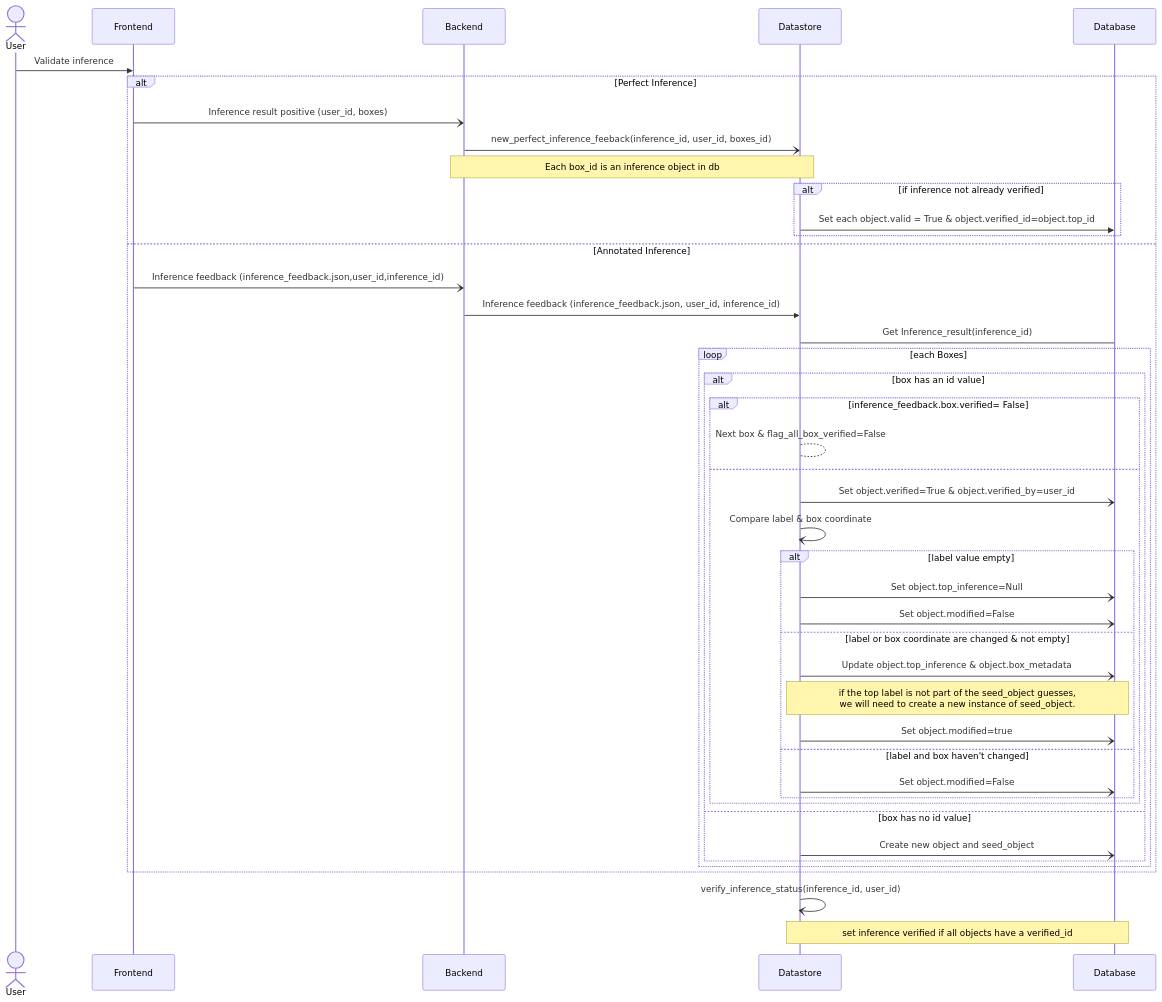
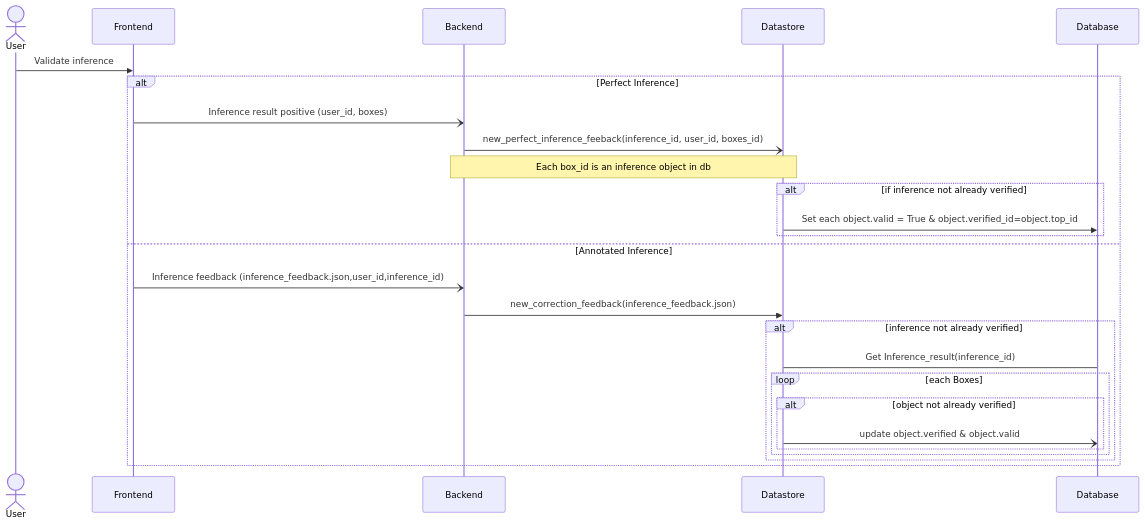
The second of 3 diagrams in doc/inference-feedback.md (ai-cfia/ailab-datastore), drawn with Mermaid before and after one commit. The commit also changed other lines of this file and 3 other files, not shown here.

````diff
--- a/doc/inference-feedback.md
+++ b/doc/inference-feedback.md
@@ -63,52 +63,32 @@
 ``` mermaid
 
 sequenceDiagram;
   actor User
   participant Frontend
   participant Backend
   participant Datastore
   participant Database
   
 
     User ->> Frontend: Validate inference
     alt Perfect Inference
-    Frontend -) Backend: Inference result positive (user_id, boxes)
-    Backend -) Datastore: new_perfect_inference_feeback(inference_id, user_id, boxes_id)
-    Note over Backend, Datastore : Each box_id is an inference object in db
+        Frontend -) Backend: Inference result positive (user_id, boxes)
+        Backend -) Datastore: new_perfect_inference_feeback(inference_id, user_id, boxes_id)
+        Note over Backend, Datastore : Each box_id is an inference object in db
         alt if inference not already verified
-            Datastore ->> Database: Set each object.valid = True & object.verified_id=object.top_id
+                Datastore ->> Database: Set each object.valid = True & object.verified_id=object.top_id
         end
     else Annotated Inference
-    Frontend -) Backend: Inference feedback (inference_feedback.json,user_id,inference_id)
-    Backend ->> Datastore: Inference feedback (inference_feedback.json, user_id, inference_id)
-    Datastore -> Database: Get Inference_result(inference_id)
-        loop each Boxes
-            alt box has an id value
-                alt inference_feedback.box.verified= False
-                    Datastore --> Datastore: Next box & flag_all_box_verified=False
-                else
-                    Datastore -) Database: Set object.verified=True & object.verified_by=user_id
-                    Datastore -) Datastore: Compare label & box coordinate
-                    alt label value empty
-                        Datastore -) Database: Set object.top_inference=Null
-                        Datastore -) Database: Set object.modified=False                   
-                    else label or box coordinate are changed & not empty
-                        Datastore -) Database: Update object.top_inference & object.box_metadata
-                        Note over Datastore,Database: if the top label is not part of the seed_object guesses, <br>we will need to create a new instance of seed_object.
-                        Datastore -) Database: Set object.modified=true
-                    else label and box haven't changed
-                        Datastore -) Database: Set object.modified=False
-                    end
+        Frontend -) Backend: Inference feedback (inference_feedback.json,user_id,inference_id)
+        Backend ->> Datastore: new_correction_feedback(inference_feedback.json)
+        alt inference not already verified
+            Datastore -> Database: Get Inference_result(inference_id)
+            loop each Boxes
+                alt object not already verified
+                    Datastore-)Database: update object.verified & object.valid
                 end
-            else box has no id value
-                Datastore -) Database: Create new object and seed_object
             end
         end
     end
-    Datastore -) Datastore : verify_inference_status(inference_id, user_id)
-    Note over Datastore, Database : set inference verified if all objects have a verified_id
-
-    
-
 
 ```
````
